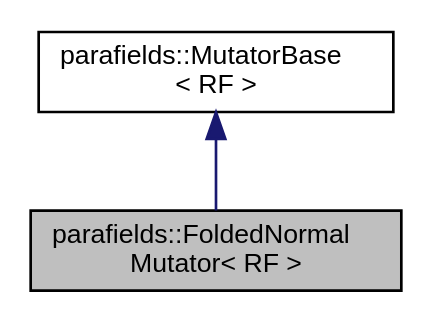
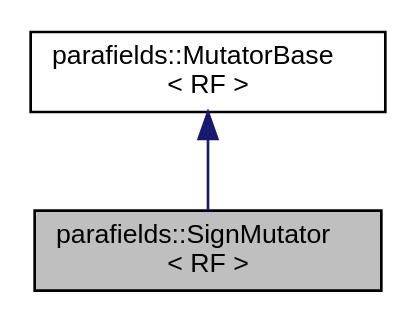
Before and after one commit to parafields/parafields-core: the diagram in a01045.dot, drawn with Graphviz. The commit also changed 251 other files, not shown here.

```diff
--- a/a01045.dot
+++ b/a01045.dot
@@ -1,9 +1,9 @@
-digraph "parafields::FoldedNormalMutator&lt; RF &gt;"
+digraph "parafields::SignMutator&lt; RF &gt;"
 {
  // LATEX_PDF_SIZE
   edge [fontname="Helvetica",fontsize="10",labelfontname="Helvetica",labelfontsize="10"];
   node [fontname="Helvetica",fontsize="10",shape=record];
-  Node1 [label="parafields::FoldedNormal\lMutator\< RF \>",height=0.2,width=0.4,color="black", fillcolor="grey75", style="filled", fontcolor="black",tooltip="Absolute value function mutator for folded normal fields."];
+  Node1 [label="parafields::SignMutator\l\< RF \>",height=0.2,width=0.4,color="black", fillcolor="grey75", style="filled", fontcolor="black",tooltip="Replaces value with its sign (-1 for negative, +1 for nonnegative)"];
   Node2 -> Node1 [dir="back",color="midnightblue",fontsize="10",style="solid",fontname="Helvetica"];
-  Node2 [label="parafields::MutatorBase\l\< RF \>",height=0.2,width=0.4,color="black", fillcolor="white", style="filled",URL="$a01034.html",tooltip="Abstract base class for value transformations."];
+  Node2 [label="parafields::MutatorBase\l\< RF \>",height=0.2,width=0.4,color="black", fillcolor="white", style="filled",URL="$a01030.html",tooltip="Abstract base class for value transformations."];
 }
```
